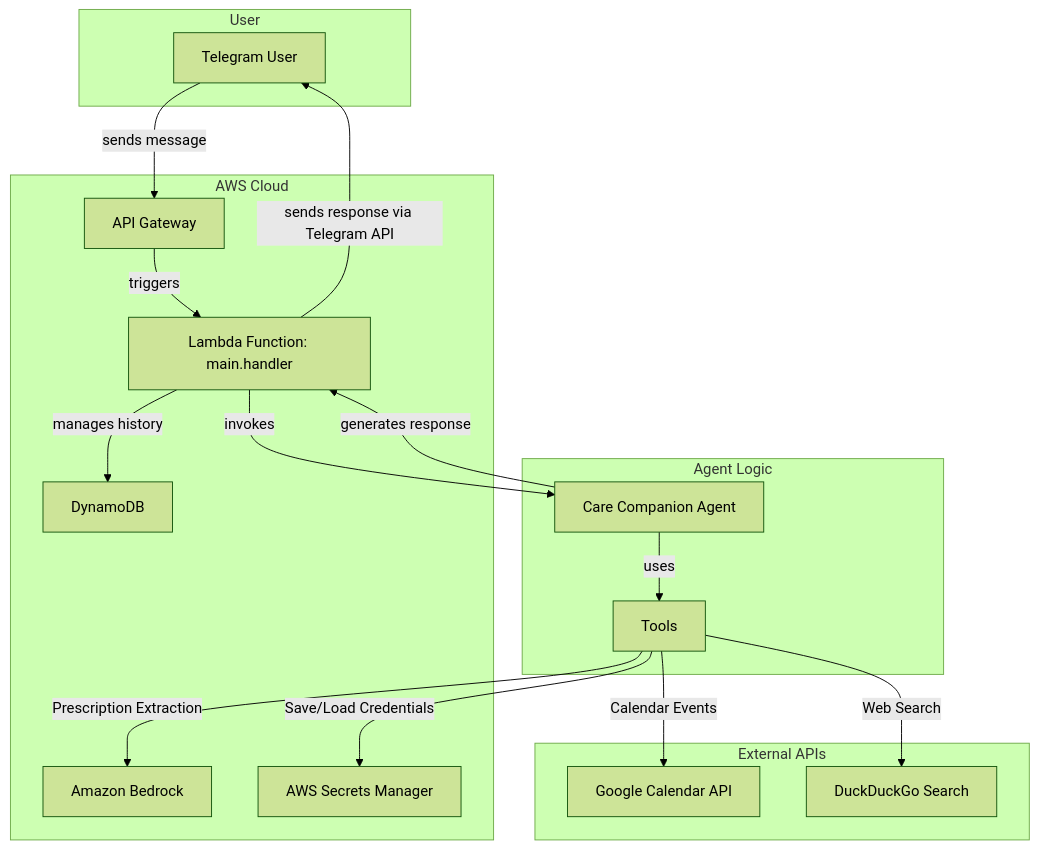
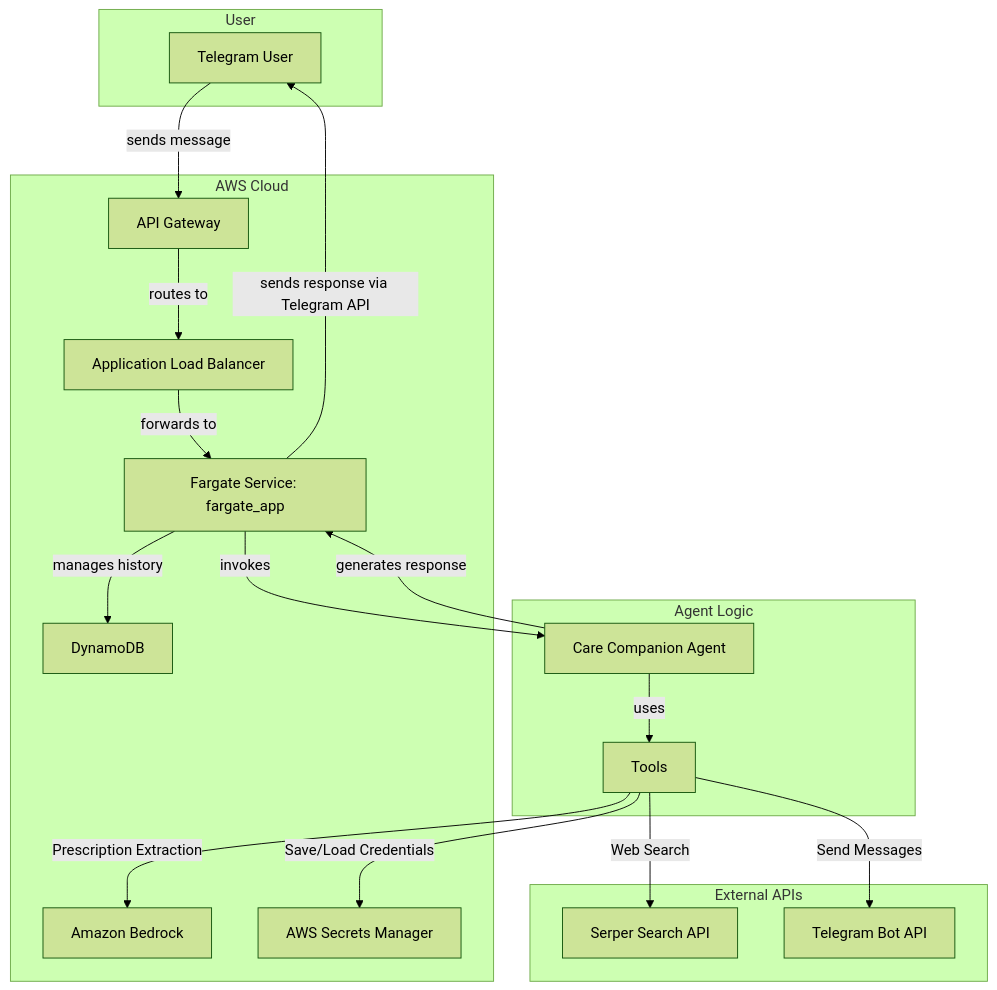
One commit to OurMultiverseOfMadness/Ctrl-Alt-Heal changed the first of 5 diagrams in docs/architecture.md. Above: the diagram before and after it, drawn with Mermaid (forest theme). The commit also changed other lines of this file and 46 other files, not shown here.

First line of the commit message:
Implement Fargate deployment architecture and remove Lambda components

````diff
--- a/docs/architecture.md
+++ b/docs/architecture.md
@@ -9,38 +9,40 @@
 ```mermaid
 graph TD
     subgraph User
         A[Telegram User]
     end
 
     subgraph AWS Cloud
         B[API Gateway]
-        C[Lambda Function: main.handler]
-        D[DynamoDB]
-        E[Amazon Bedrock]
-        F[AWS Secrets Manager]
+        C[Application Load Balancer]
+        D[Fargate Service: fargate_app]
+        E[DynamoDB]
+        F[Amazon Bedrock]
+        G[AWS Secrets Manager]
     end
 
     subgraph External APIs
-        G[Google Calendar API]
-        H[DuckDuckGo Search]
+        H[Serper Search API]
+        I[Telegram Bot API]
     end
 
     A -- sends message --> B
-    B -- triggers --> C
-    C -- manages history --> D
-    C -- invokes --> Agent
+    B -- routes to --> C
+    C -- forwards to --> D
+    D -- manages history --> E
+    D -- invokes --> Agent
 
     subgraph Agent Logic
         Agent[Care Companion Agent]
         Tools[Tools]
     end
 
     Agent -- uses --> Tools
-    Tools -- Prescription Extraction --> E
-    Tools -- Save/Load Credentials --> F
-    Tools -- Calendar Events --> G
+    Tools -- Prescription Extraction --> F
+    Tools -- Save/Load Credentials --> G
     Tools -- Web Search --> H
+    Tools -- Send Messages --> I
 
-    Agent -- generates response --> C
-    C -- sends response via Telegram API --> A
+    Agent -- generates response --> D
+    D -- sends response via Telegram API --> A
 ```
````
